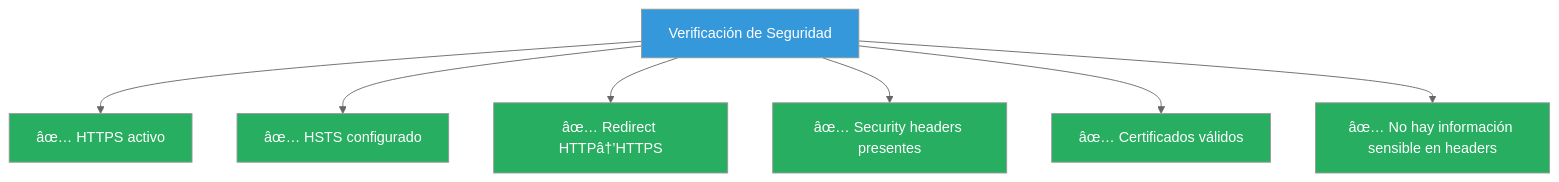
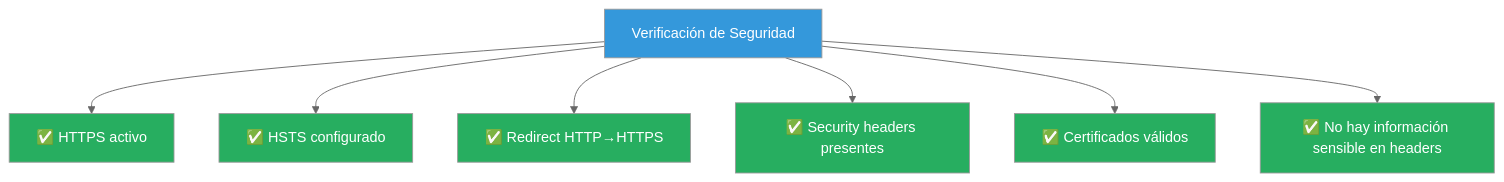
Before and after one commit to joseluisgs/TiendaDawApi-Cqrs-MediatR-NetCore: diagram 13 of 16 in doc/19-seguridad-http.md, drawn with Mermaid (neutral theme). The commit also changed other lines of this file and 27 other files, not shown here.

````diff
--- a/doc/19-seguridad-http.md
+++ b/doc/19-seguridad-http.md
@@ -686,17 +686,17 @@
 ```mermaid
 graph TD
-    A["Verificación de Seguridad"] --> B["âœ… HTTPS activo"]
-    A --> C["âœ… HSTS configurado"]
-    A --> D["âœ… Redirect HTTPâ†’HTTPS"]
-    A --> E["âœ… Security headers presentes"]
-    A --> F["âœ… Certificados válidos"]
-    A --> G["âœ… No hay información sensible en headers"]
+    A["Verificación de Seguridad"] --> B["✅ HTTPS activo"]
+    A --> C["✅ HSTS configurado"]
+    A --> D["✅ Redirect HTTP→HTTPS"]
+    A --> E["✅ Security headers presentes"]
+    A --> F["✅ Certificados válidos"]
+    A --> G["✅ No hay información sensible en headers"]
     
     style A fill:#3498db,color:#fff
     style B fill:#27ae60,color:#fff
     style C fill:#27ae60,color:#fff
     style D fill:#27ae60,color:#fff
     style E fill:#27ae60,color:#fff
     style F fill:#27ae60,color:#fff
     style G fill:#27ae60,color:#fff
 ```
````
